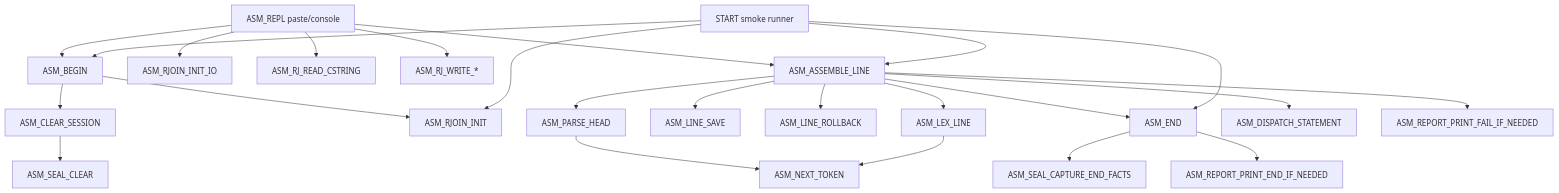
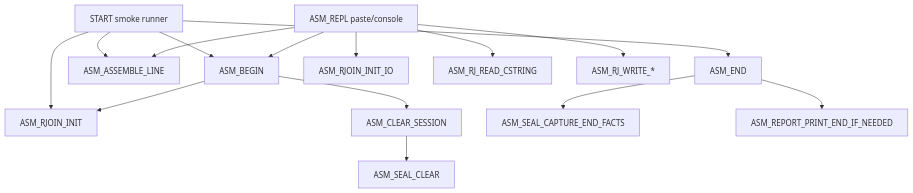
The second of 8 diagrams in DOC/GUIDES/ASM/ASM_CALL_MAP.md (95westus/R-YORS), drawn with Mermaid before and after one commit. The commit also changed other lines of this file and 59 other files, not shown here.

````diff
--- a/DOC/GUIDES/ASM/ASM_CALL_MAP.md
+++ b/DOC/GUIDES/ASM/ASM_CALL_MAP.md
@@ -45,51 +47,17 @@
 ```mermaid
 flowchart TD
-    START["START smoke runner"]
-    REPL["ASM_REPL paste/console"]
-    BEGIN["ASM_BEGIN"]
-    ENDASM["ASM_END"]
-    RJOIN["ASM_RJOIN_INIT"]
-    RJIO["ASM_RJOIN_INIT_IO"]
-    CLEAR["ASM_CLEAR_SESSION"]
-    READ["ASM_RJ_READ_CSTRING"]
-    WRITE["ASM_RJ_WRITE_*"]
-    LINE["ASM_ASSEMBLE_LINE"]
-    SAVE["ASM_LINE_SAVE"]
-    ROLL["ASM_LINE_ROLLBACK"]
-    SEALCLEAR["ASM_SEAL_CLEAR"]
-    SEALCAP["ASM_SEAL_CAPTURE_END_FACTS"]
-    LEX["ASM_LEX_LINE"]
-    TOK["ASM_NEXT_TOKEN"]
-    HEAD["ASM_PARSE_HEAD"]
-    DISP["ASM_DISPATCH_STATEMENT"]
-    REPORTFAIL["ASM_REPORT_PRINT_FAIL_IF_NEEDED"]
-    REPORTEND["ASM_REPORT_PRINT_END_IF_NEEDED"]
-
-    START --> RJOIN
-    START --> BEGIN
-    START --> LINE
-    START --> ENDASM
-
-    REPL --> RJIO
+    START["START smoke runner"] --> RJOIN["ASM_RJOIN_INIT"]
+    START --> BEGIN["ASM_BEGIN"]
+    START --> LINE["ASM_ASSEMBLE_LINE"]
+    START --> ENDASM["ASM_END"]
+    REPL["ASM_REPL paste/console"] --> RJIO["ASM_RJOIN_INIT_IO"]
     REPL --> BEGIN
-    REPL --> READ
+    REPL --> READ["ASM_RJ_READ_CSTRING"]
     REPL --> LINE
-    REPL --> WRITE
-
+    REPL --> WRITE["ASM_RJ_WRITE_*"]
     BEGIN --> RJOIN
-    BEGIN --> CLEAR
-    CLEAR --> SEALCLEAR
-    ENDASM --> SEALCAP
-    ENDASM --> REPORTEND
-
-    LINE --> SAVE
-    LINE --> LEX
-    LINE --> HEAD
-    LINE --> DISP
-    LINE --> ENDASM
-    LINE --> ROLL
-    LINE --> REPORTFAIL
-
-    LEX --> TOK
-    HEAD --> TOK
+    BEGIN --> CLEAR["ASM_CLEAR_SESSION"]
+    CLEAR --> SEALCLEAR["ASM_SEAL_CLEAR"]
+    ENDASM --> SEALCAP["ASM_SEAL_CAPTURE_END_FACTS"]
+    ENDASM --> REPORTEND["ASM_REPORT_PRINT_END_IF_NEEDED"]
 ```
````
